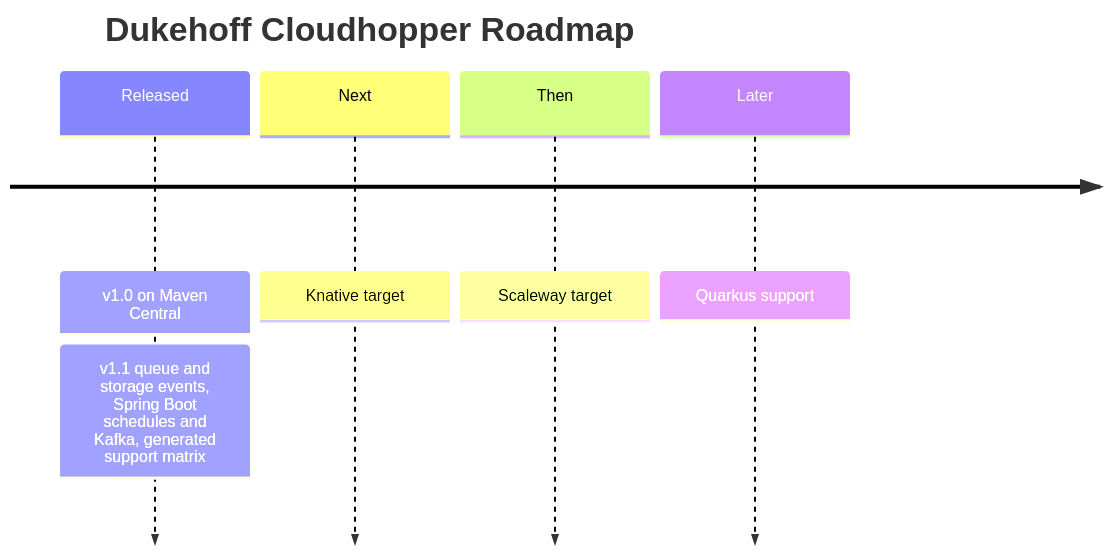
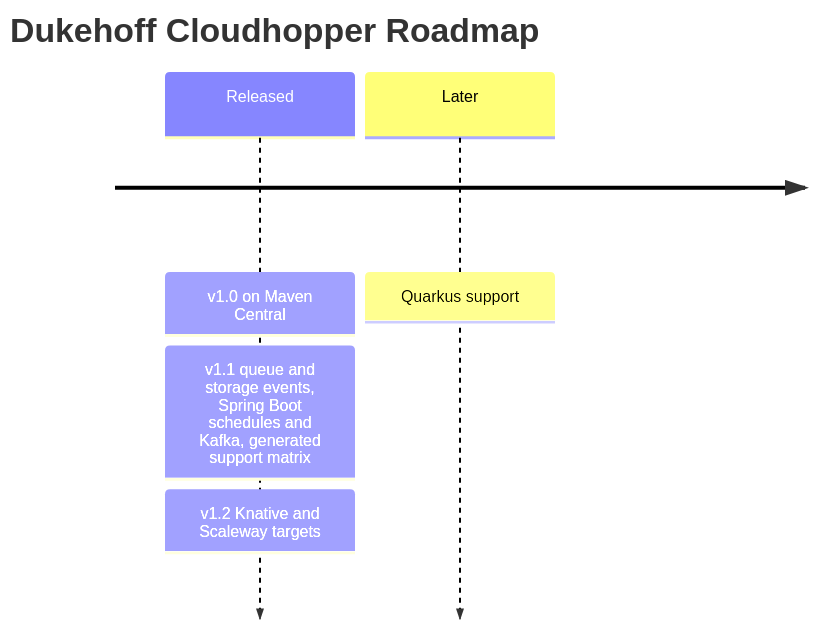
One commit to dukehoff-gmbh/dukehoff-cloudhopper changed the diagram in docs/docs/roadmap.mdx. Above: the diagram before and after it, drawn with Mermaid. The commit also changed other lines of this file and 7 other files, not shown here.

First line of the commit message:
Docs: version 1.2.0, Knative and Scaleway released

````diff
--- a/docs/docs/roadmap.mdx
+++ b/docs/docs/roadmap.mdx
@@ -11,9 +11,8 @@
 ```mermaid
 timeline
   title Dukehoff Cloudhopper Roadmap
   Released : v1.0 on Maven Central
            : v1.1 queue and storage events, Spring Boot schedules and Kafka, generated support matrix
-  Next : Knative target
-  Then : Scaleway target
+           : v1.2 Knative and Scaleway targets
   Later : Quarkus support
 ```
````
